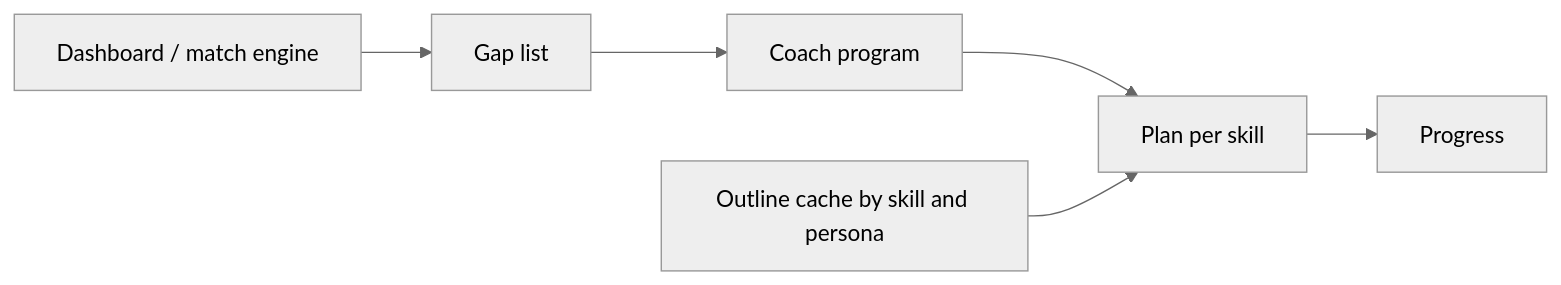
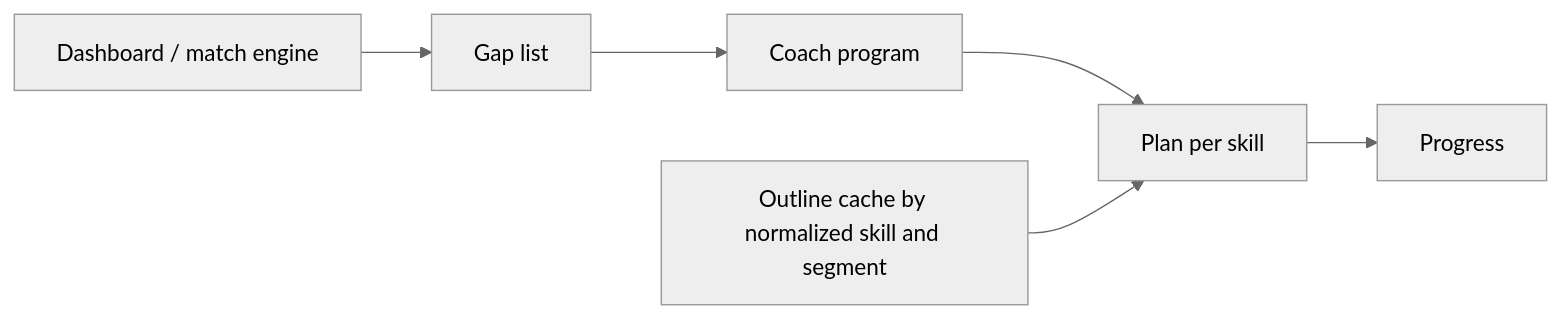
The first of 2 diagrams in docs/skill-coach.md (sahil1330/zaprill-app), drawn with Mermaid (neutral theme) before and after one commit. The commit also changed other lines of this file, not shown here.

First line of the commit message:
docs: check Skill Coach assumptions against the career profile

````diff
--- a/docs/skill-coach.md
+++ b/docs/skill-coach.md
@@ -42,12 +42,12 @@
 ```mermaid
 flowchart LR
   engine["Dashboard / match engine"]
   gaps["Gap list"]
   program["Coach program"]
-  cache["Outline cache by skill and persona"]
+  cache["Outline cache by normalized skill and segment"]
   plan["Plan per skill"]
   progress["Progress"]
 
   engine --> gaps --> program --> plan --> progress
   cache --> plan
 ```
````
